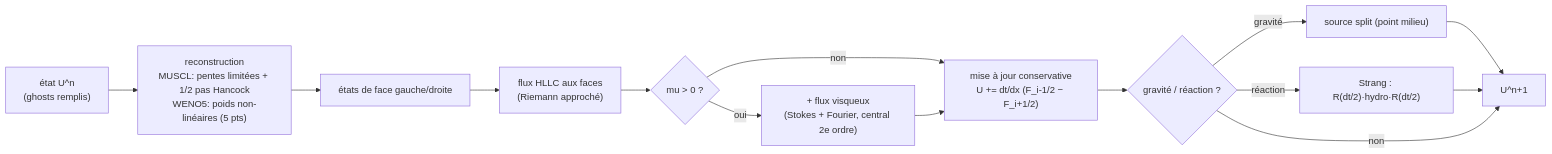
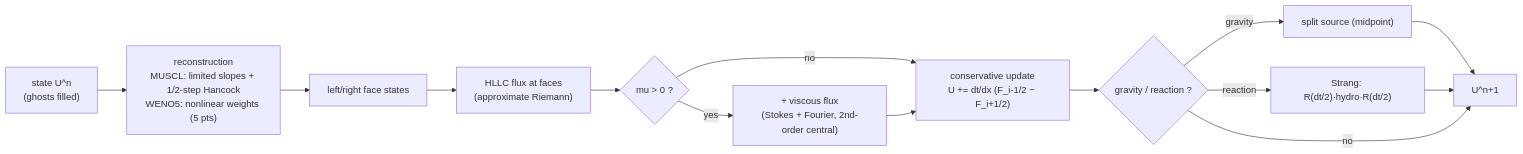
Before and after one commit to fhermet/machmallow: the second of 8 diagrams in docs/ARCHITECTURE.md, drawn with Mermaid. The commit also changed other lines of this file and 1 other file, not shown here.

Commit message:
docs: traduire ARCHITECTURE et NUMERICS en anglais

````diff
--- a/docs/ARCHITECTURE.md
+++ b/docs/ARCHITECTURE.md
@@ -93,16 +93,16 @@
 ```mermaid
 flowchart LR
-    A["état U^n<br/>(ghosts remplis)"] --> B["reconstruction<br/>MUSCL: pentes limitées + 1/2 pas Hancock<br/>WENO5: poids non-linéaires (5 pts)"]
-    B --> C["états de face gauche/droite"]
-    C --> D["flux HLLC aux faces<br/>(Riemann approché)"]
+    A["state U^n<br/>(ghosts filled)"] --> B["reconstruction<br/>MUSCL: limited slopes + 1/2-step Hancock<br/>WENO5: nonlinear weights (5 pts)"]
+    B --> C["left/right face states"]
+    C --> D["HLLC flux at faces<br/>(approximate Riemann)"]
     D --> E{"mu &gt; 0 ?"}
-    E -- oui --> F["+ flux visqueux<br/>(Stokes + Fourier, central 2e ordre)"]
-    E -- non --> G
-    F --> G["mise à jour conservative<br/>U += dt/dx (F_i-1/2 − F_i+1/2)"]
-    G --> H{"gravité / réaction ?"}
-    H -- gravité --> I["source split (point milieu)"]
-    H -- réaction --> J["Strang : R(dt/2)·hydro·R(dt/2)"]
+    E -- yes --> F["+ viscous flux<br/>(Stokes + Fourier, 2nd-order central)"]
+    E -- no --> G
+    F --> G["conservative update<br/>U += dt/dx (F_i-1/2 − F_i+1/2)"]
+    G --> H{"gravity / reaction ?"}
+    H -- gravity --> I["split source (midpoint)"]
+    H -- reaction --> J["Strang: R(dt/2)·hydro·R(dt/2)"]
     I --> K["U^n+1"]
     J --> K
-    H -- non --> K
+    H -- no --> K
 ```
````
